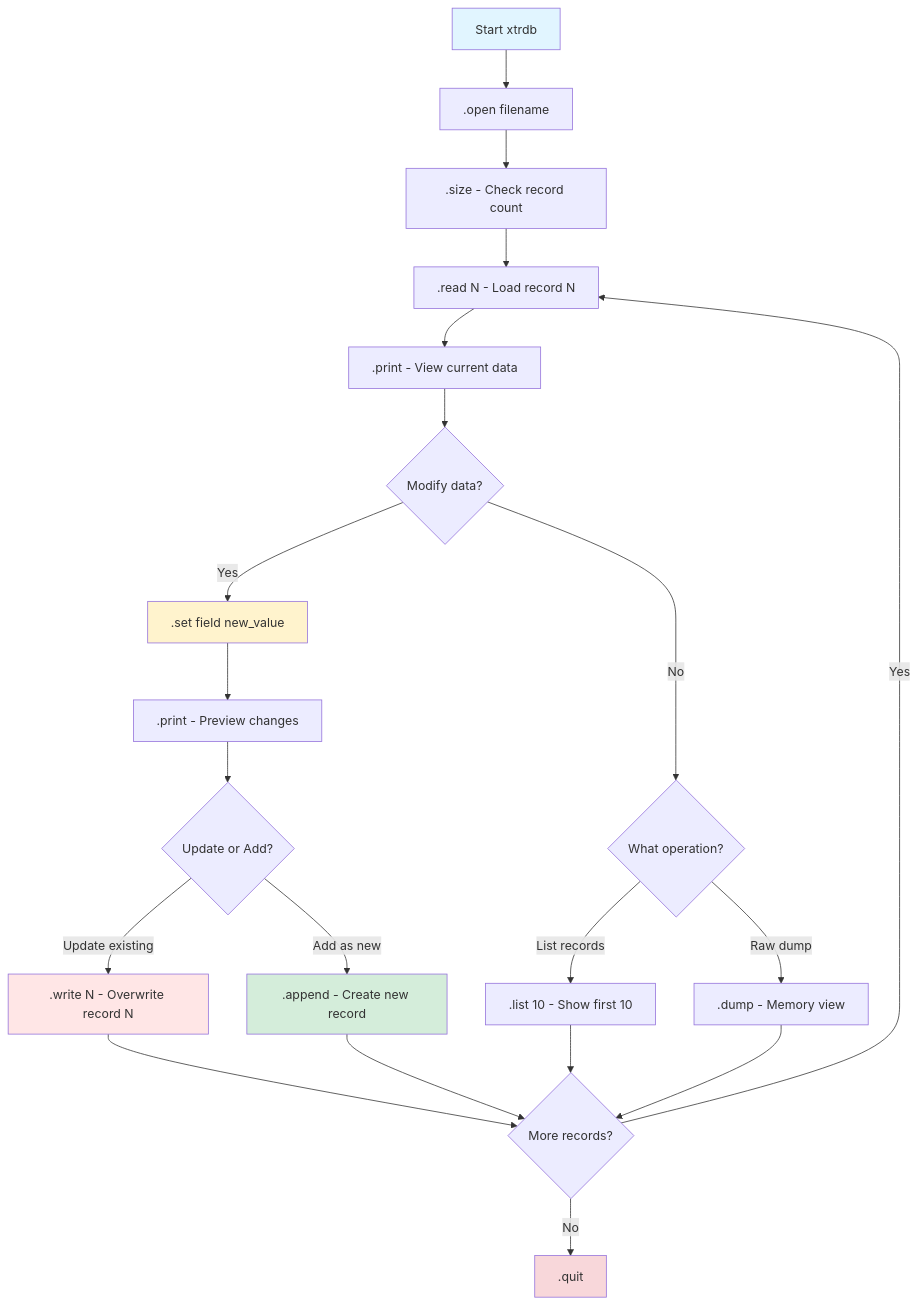
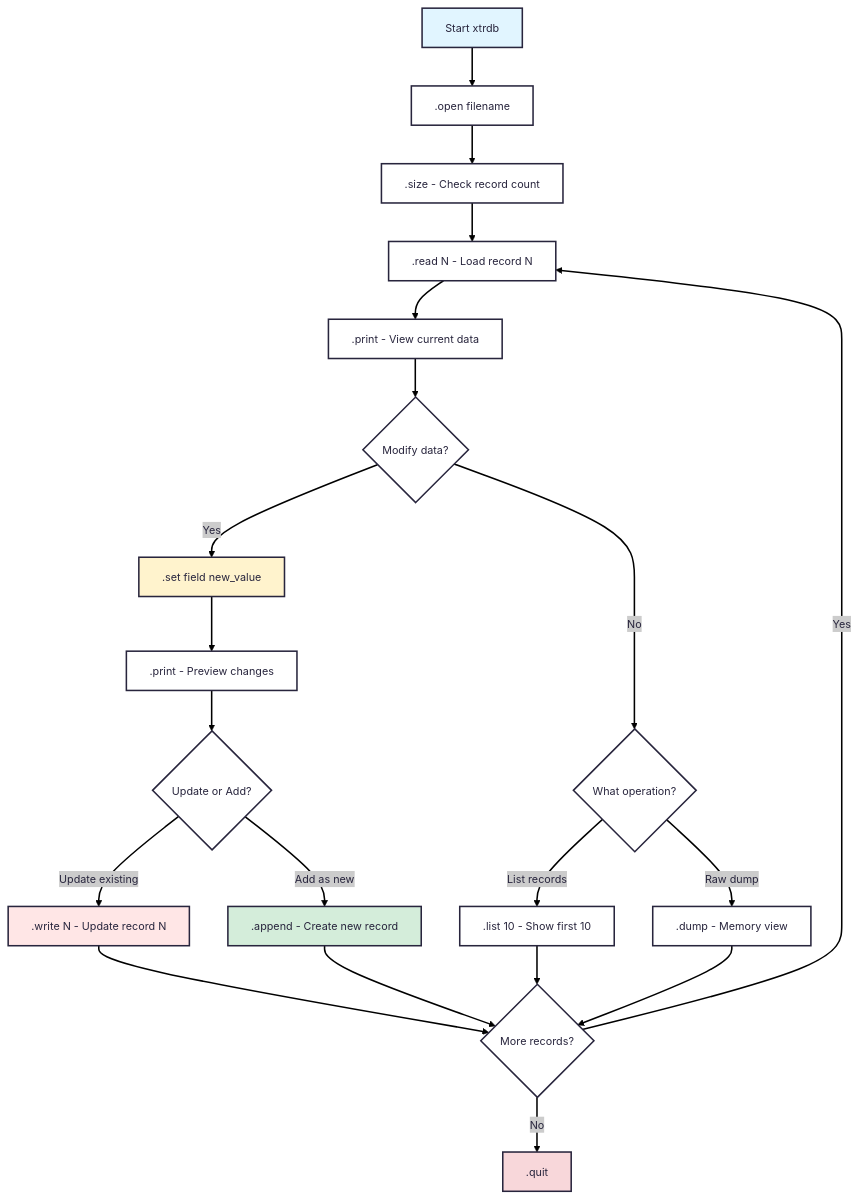
One commit to michalwidera/retractordb changed the second of 7 diagrams in src/rdb/README.md. Above: the diagram before and after it, drawn with Mermaid. The commit also changed other lines of this file, not shown here.

````diff
--- a/src/rdb/README.md
+++ b/src/rdb/README.md
@@ -298,28 +318,29 @@
 ```mermaid
+%%{init: {'theme': 'redux-color', "flowchart" : { "curve" : "basis" } } }%%
 flowchart TD
     A[Start xtrdb] --> B[.open filename]
     B --> C[.size - Check record count]
     C --> D[.read N - Load record N]
     D --> E[.print - View current data]
     E --> F{Modify data?}
     F -->|Yes| G[.set field new_value]
     F -->|No| H{What operation?}
     G --> I[.print - Preview changes]
     I --> J{Update or Add?}
-    J -->|Update existing| K[.write N - Overwrite record N]
+    J -->|Update existing| K[.write N - Update record N]
     J -->|Add as new| L[.append - Create new record]
     K --> M{More records?}
     L --> M
     H -->|List records| N[.list 10 - Show first 10]
     H -->|Raw dump| O[.dump - Memory view]
     N --> M
     O --> M
     M -->|Yes| D
     M -->|No| P[.quit]
     
     style A fill:#e1f5ff
     style G fill:#fff3cd
     style K fill:#ffe6e6
     style L fill:#d4edda
     style P fill:#f8d7da
 ```
````
